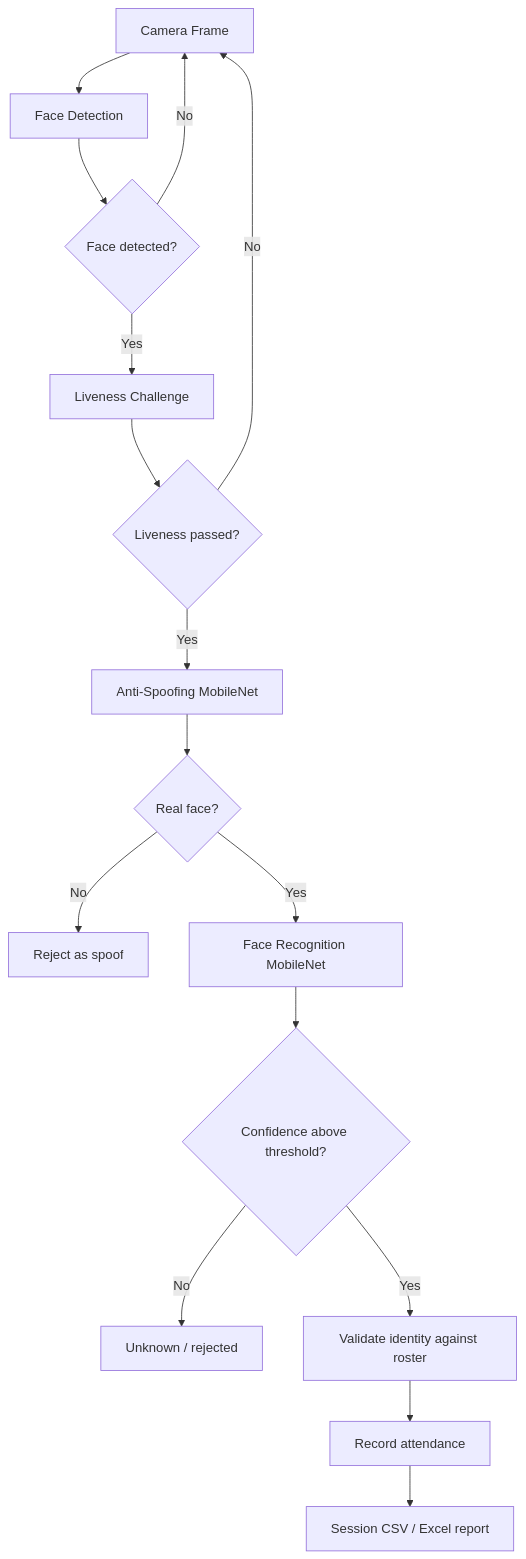
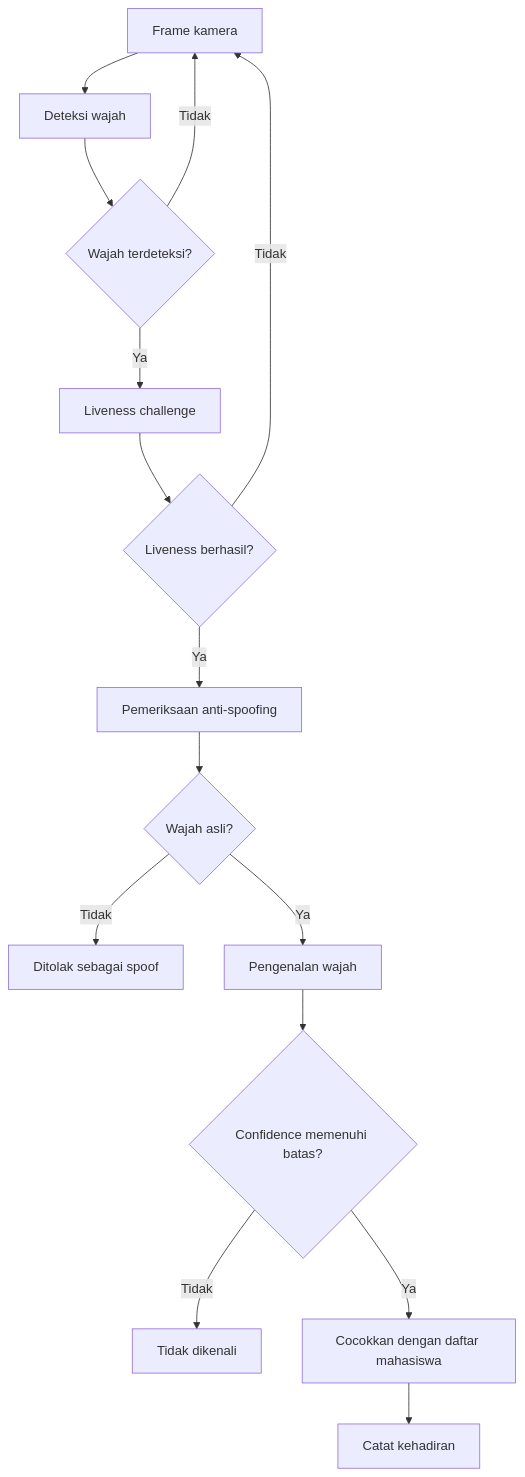
One commit to femieljmt/face-attendance-anti-spoofing changed the diagram in README.md. Above: the diagram before and after it, drawn with Mermaid. The commit also changed other lines of this file, not shown here.

````diff
--- a/README.md
+++ b/README.md
@@ -11,18 +11,17 @@
 ```mermaid
 flowchart TD
-    A[Camera Frame] --> B[Face Detection]
-    B --> C{Face detected?}
-    C -- No --> A
-    C -- Yes --> D[Liveness Challenge]
-    D --> E{Liveness passed?}
-    E -- No --> A
-    E -- Yes --> F[Anti-Spoofing MobileNet]
-    F --> G{Real face?}
-    G -- No --> H[Reject as spoof]
-    G -- Yes --> I[Face Recognition MobileNet]
-    I --> J{Confidence above threshold?}
-    J -- No --> K[Unknown / rejected]
-    J -- Yes --> L[Validate identity against roster]
-    L --> M[Record attendance]
-    M --> N[Session CSV / Excel report]
+    A["Frame kamera"] --> B["Deteksi wajah"]
+    B --> C{"Wajah terdeteksi?"}
+    C -- Tidak --> A
+    C -- Ya --> D["Liveness challenge"]
+    D --> E{"Liveness berhasil?"}
+    E -- Tidak --> A
+    E -- Ya --> F["Pemeriksaan anti-spoofing"]
+    F --> G{"Wajah asli?"}
+    G -- Tidak --> H["Ditolak sebagai spoof"]
+    G -- Ya --> I["Pengenalan wajah"]
+    I --> J{"Confidence memenuhi batas?"}
+    J -- Tidak --> K["Tidak dikenali"]
+    J -- Ya --> L["Cocokkan dengan daftar mahasiswa"]
+    L --> M["Catat kehadiran"]
 ```
````
